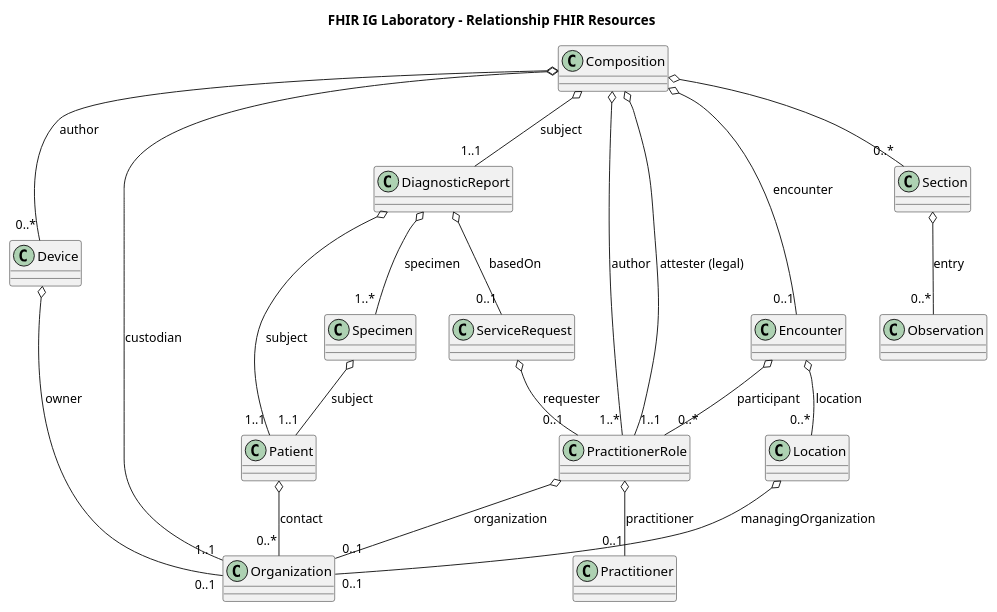
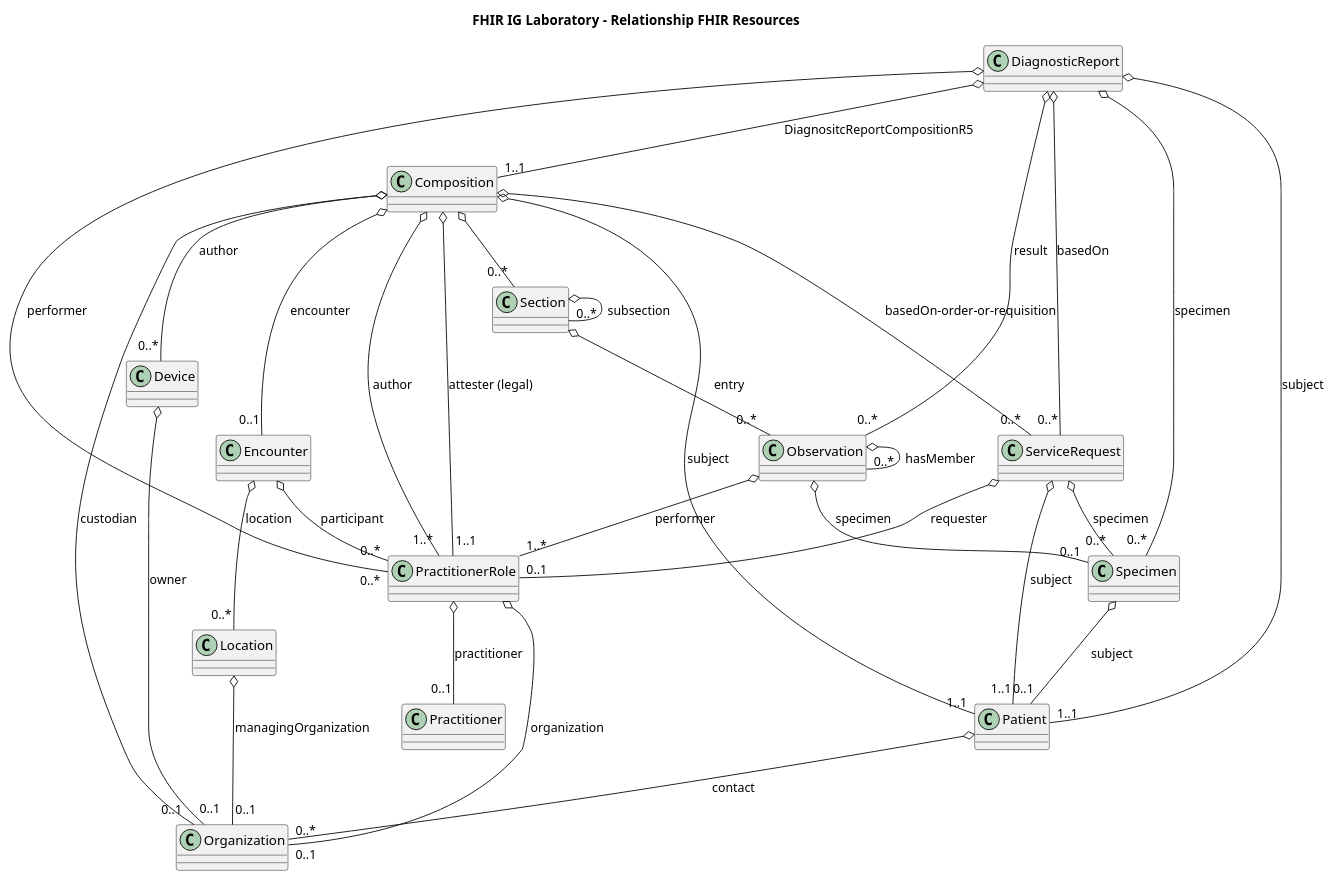
One commit to smartfox-project/CDA2FHIR changed the diagram in fhir_structure.plantuml. Above: the diagram before and after it, drawn with PlantUML. The commit also changed 4 other files, not shown here.

```diff
--- a/fhir_structure.plantuml
+++ b/fhir_structure.plantuml
@@ -1,49 +1,60 @@
 @startuml
 
 title FHIR IG Laboratory - Relationship FHIR Resources
 
 class Composition
 class DiagnosticReport
 class Patient
 class Observation
 class Specimen
 class ServiceRequest
 class Device
 class Section
 class Encounter
 class Organization
 class PractitionerRole
 class Practitioner
 class Location
 
 Composition o-- "0..*" Device : author
-Composition o-- "1..1" Organization : custodian
+Composition o-- "0..1" Organization : custodian
 Composition o-- "1..*" PractitionerRole : author
 Composition o-- "1..1" PractitionerRole : attester (legal)
 Composition o-- "0..1" Encounter : encounter
 Composition o-- "0..*" Section
-Composition o-- "1..1" DiagnosticReport : subject
+Composition o-- "1..1" Patient : subject
+Composition o-- "0..*" ServiceRequest : basedOn-order-or-requisition
 
-DiagnosticReport o-- "1..*" Specimen : specimen
+DiagnosticReport o-- "1..1" Composition : DiagnositcReportCompositionR5
+DiagnosticReport o-- "0..*" PractitionerRole : performer
+DiagnosticReport o-- "0..*" Specimen : specimen
+DiagnosticReport o-- "0..*" Observation : result
 DiagnosticReport o-- "1..1" Patient : subject
-DiagnosticReport o-- "0..1" ServiceRequest : basedOn
+DiagnosticReport o-- "0..*" ServiceRequest : basedOn
 
 Patient o-- "0..*" Organization : contact
 
-Specimen o-- "1..1" Patient : subject
+Observation o-- "0..*" Observation : hasMember
+Observation o-- "0..1" Specimen : specimen
+Observation o-- "1..*" PractitionerRole : performer
 
+Specimen o-- "0..1" Patient : subject
+
+ServiceRequest o-- "1..1" Patient : subject
+ServiceRequest o-- "0..*" Specimen : specimen
 ServiceRequest o-- "0..1" PractitionerRole : requester
 
+Section o-- "0..*" Section : subsection
 Section o-- "0..*" Observation : entry
 
 Device o-- "0..1" Organization : owner
 
 PractitionerRole o-- "0..1" Organization : organization
 PractitionerRole o-- "0..1" Practitioner : practitioner
 
 Encounter o-- "0..*" PractitionerRole : participant
 Encounter o-- "0..*" Location : location
 
 Location o-- "0..1" Organization : managingOrganization
 
 @enduml
```
